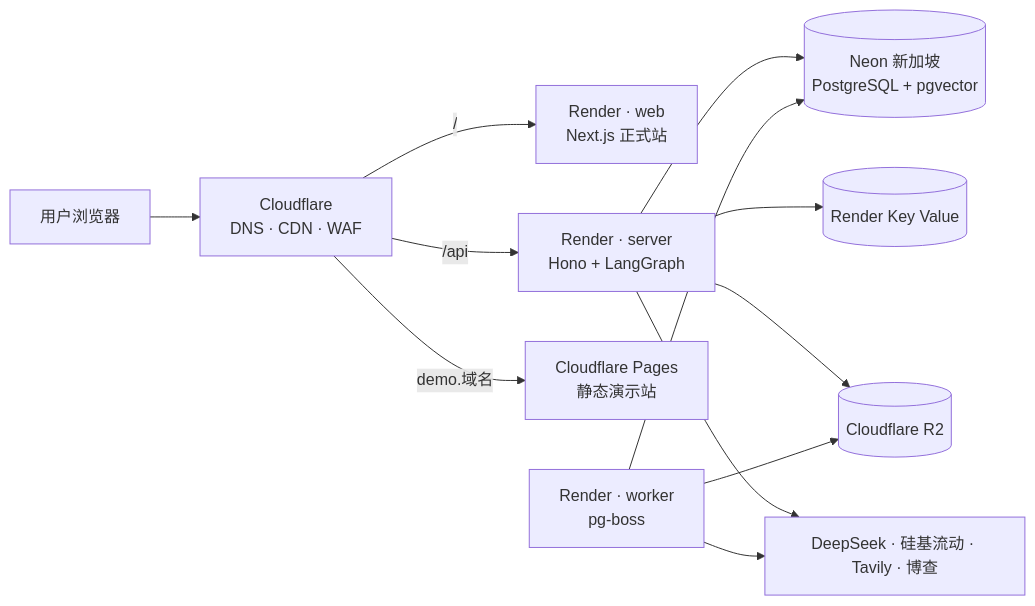
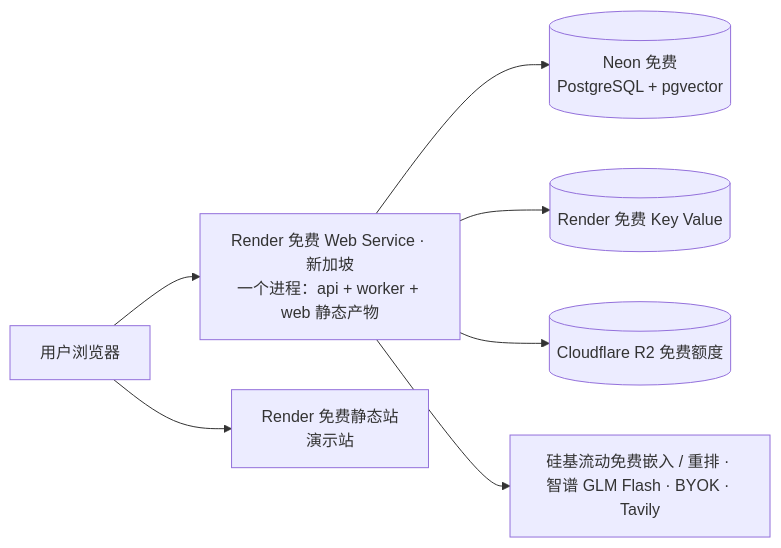
One commit to NNNoxin/mingxi_6.1 changed the second of 2 diagrams in docs/02-目标架构.md. Above: the diagram before and after it, drawn with Mermaid. The commit also changed other lines of this file and 2 other files, not shown here.

First line of the commit message:
docs: 部署改为零成本拓扑（Render 免费服务同进程跑 api/worker/web + Neon 免费库 + R2），明确每件事一个负责者；模型默认免费档；新增决策 D7/D8

````diff
--- a/docs/02-目标架构.md
+++ b/docs/02-目标架构.md
@@ -390,14 +401,9 @@
 ```mermaid
 flowchart LR
-  U[用户浏览器] --> CF[Cloudflare<br/>DNS · CDN · WAF]
-  CF -->|/| WEB[Render · web<br/>Next.js 正式站]
-  CF -->|/api| API[Render · server<br/>Hono + LangGraph]
-  CF -->|demo.域名| PAGES[Cloudflare Pages<br/>静态演示站]
-  API --> NEON[(Neon 新加坡<br/>PostgreSQL + pgvector)]
-  API --> KV[(Render Key Value)]
-  API --> R2[(Cloudflare R2)]
-  WK[Render · worker<br/>pg-boss] --> NEON
-  WK --> R2
-  API --> MODELS[DeepSeek · 硅基流动 · Tavily · 博查]
-  WK --> MODELS
+  U[用户浏览器] --> R1[Render 免费 Web Service · 新加坡<br/>一个进程：api + worker + web 静态产物]
+  U --> R2S[Render 免费静态站<br/>演示站]
+  R1 --> NEON[(Neon 免费<br/>PostgreSQL + pgvector)]
+  R1 --> KV[(Render 免费 Key Value)]
+  R1 --> R2[(Cloudflare R2 免费额度)]
+  R1 --> MODELS[硅基流动免费嵌入 / 重排 · 智谱 GLM Flash · BYOK · Tavily]
 ```
````
